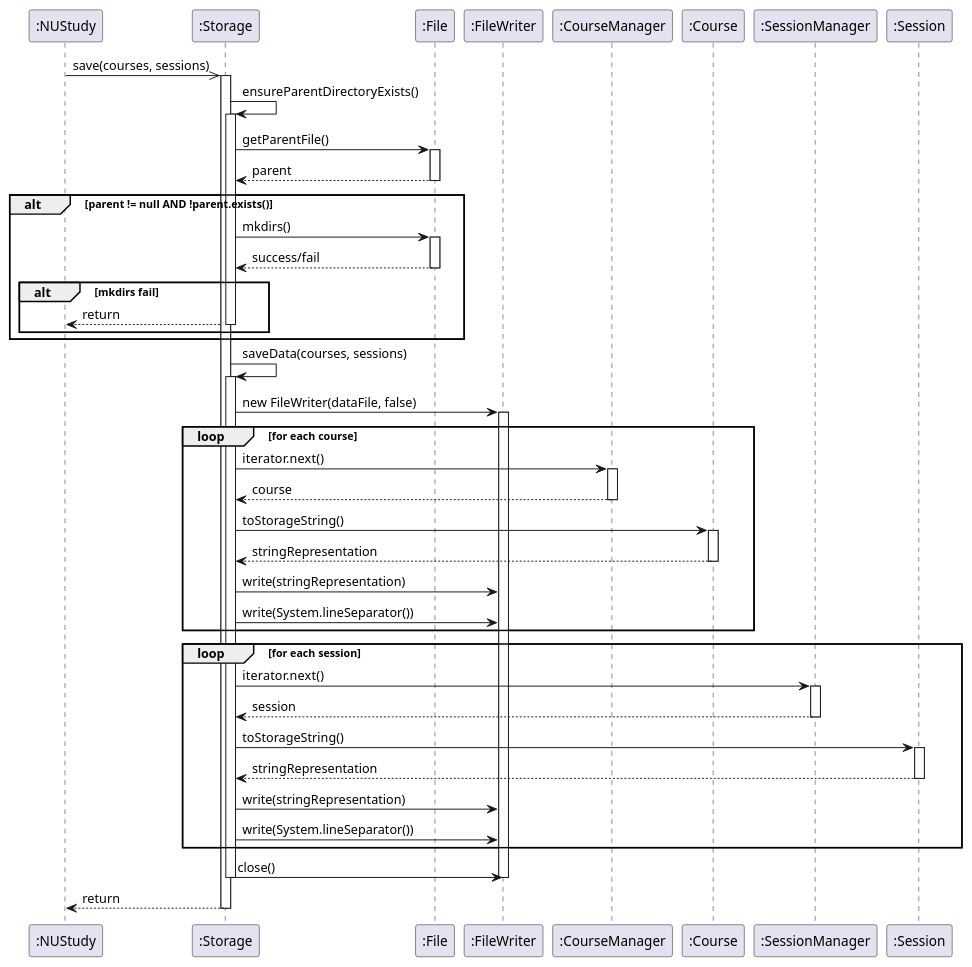
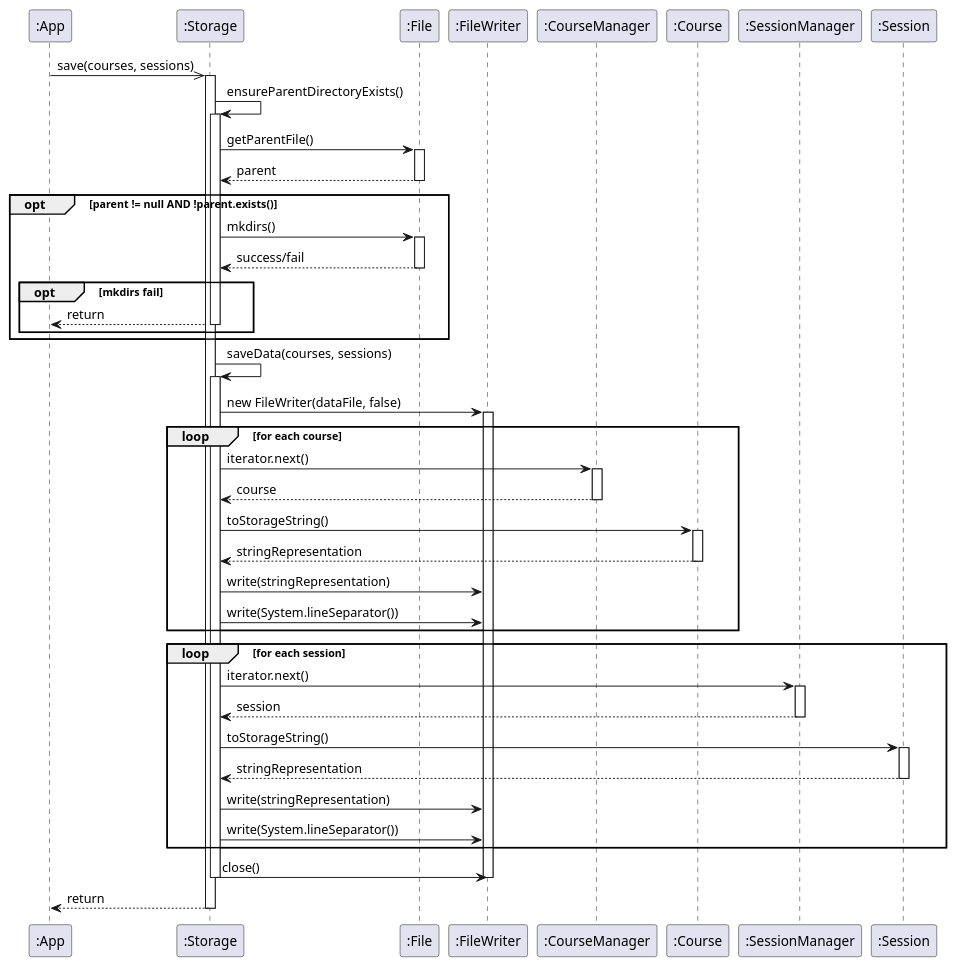
One commit to t-kandasami/tp changed the diagram in docs/diagrams/StorageSaveSequenceDiagram.puml. Above: the diagram before and after it, drawn with PlantUML. The commit also changed 1 other file, not shown here.

```diff
--- a/docs/diagrams/StorageSaveSequenceDiagram.puml
+++ b/docs/diagrams/StorageSaveSequenceDiagram.puml
@@ -1,88 +1,88 @@
 @startuml
 'https://plantuml.com/sequence-diagram
 
-participant ":NUStudy" as Main
+participant ":App" as Main
 participant ":Storage" as Storage
 participant ":File" as File
 participant ":FileWriter" as FW
 participant ":CourseManager" as CM
 participant ":Course" as Course
 participant ":SessionManager" as SM
 participant ":Session" as Session
 
 Main ->>Storage: save(courses, sessions)
 activate Storage
 
 Storage -> Storage: ensureParentDirectoryExists()
 activate Storage
 
 Storage -> File: getParentFile()
 activate File
 
 File --> Storage: parent
 deactivate File
 
-alt parent != null AND !parent.exists()
+opt parent != null AND !parent.exists()
     Storage -> File: mkdirs()
     activate File
 
     File --> Storage: success/fail
     deactivate File
 
-    alt mkdirs fail
+    opt mkdirs fail
         Storage --> Main: return
         deactivate Storage
     end
 
 end
 
 Storage -> Storage: saveData(courses, sessions)
 activate Storage
 
 Storage -> FW: new FileWriter(dataFile, false)
 activate FW
 
 loop for each course
     Storage -> CM: iterator.next()
     activate CM
 
     CM --> Storage: course
     deactivate CM
 
     Storage -> Course: toStorageString()
     activate Course
 
     Course --> Storage: stringRepresentation
     deactivate Course
 
     Storage -> FW: write(stringRepresentation)
     Storage -> FW: write(System.lineSeparator())
 end
 
 loop for each session
     Storage -> SM: iterator.next()
     activate SM
 
     SM --> Storage: session
     deactivate SM
 
     Storage -> Session: toStorageString()
     activate Session
 
     Session --> Storage: stringRepresentation
     deactivate Session
 
     Storage -> FW: write(stringRepresentation)
     Storage -> FW: write(System.lineSeparator())
 end
 
 Storage -> FW: close()
 deactivate FW
 
 deactivate Storage
 
 Storage --> Main: return
 deactivate Storage
 
 
 @enduml
```
